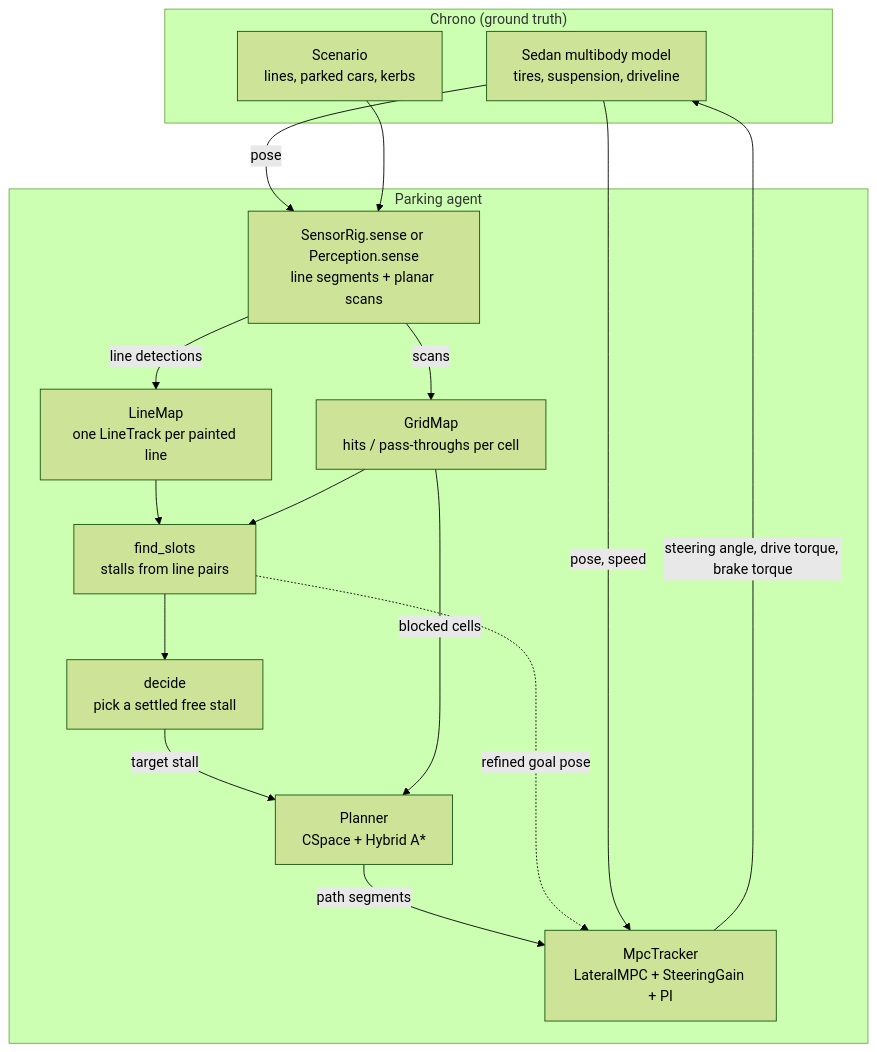
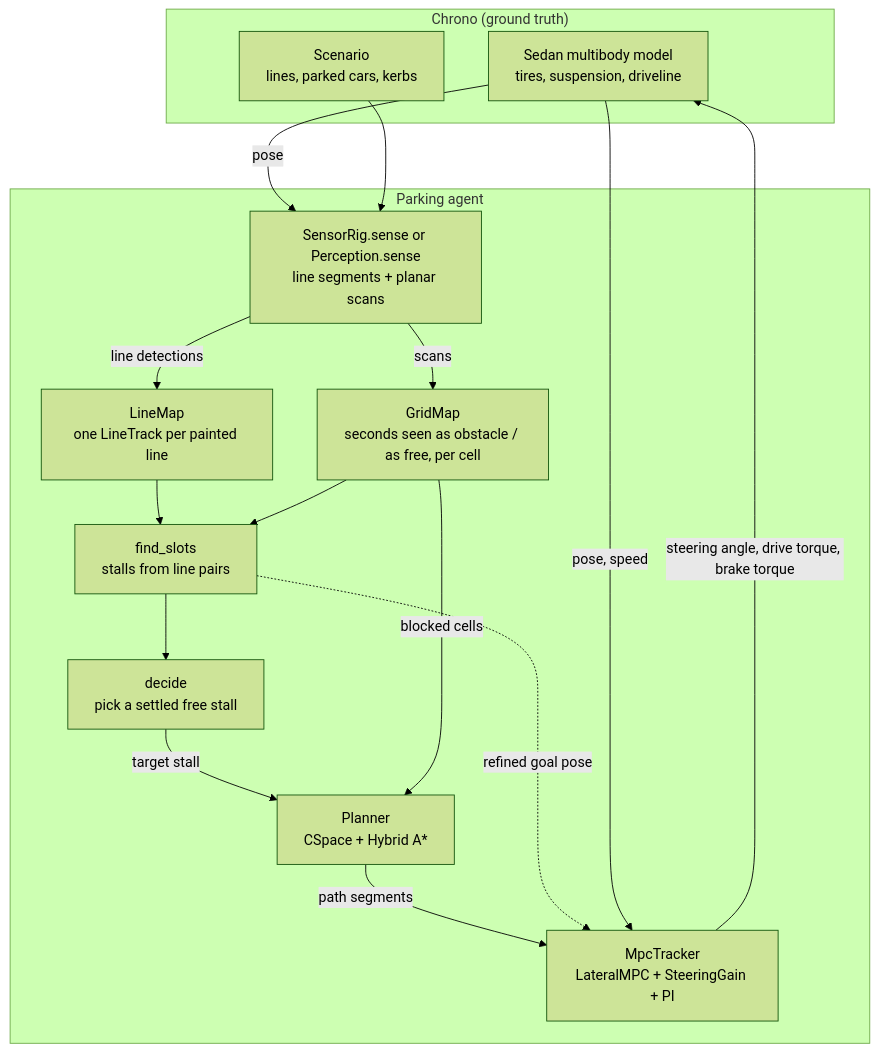
Before and after one commit to ksha23/chrono-parking: the first of 2 diagrams in docs/architecture.md, drawn with Mermaid (forest theme). The commit also changed other lines of this file and 24 other files, not shown here.

````diff
--- a/docs/architecture.md
+++ b/docs/architecture.md
@@ -33,29 +33,29 @@
 ```mermaid
 flowchart TB
     subgraph Chrono["Chrono (ground truth)"]
         VEH["Sedan multibody model<br/>tires, suspension, driveline"]
         SCN["Scenario<br/>lines, parked cars, kerbs"]
     end
     subgraph Agent["Parking agent"]
         SENSE["SensorRig.sense or Perception.sense<br/>line segments + planar scans"]
-        GRID["GridMap<br/>hits / pass-throughs per cell"]
+        GRID["GridMap<br/>seconds seen as obstacle / as free, per cell"]
         LINES["LineMap<br/>one LineTrack per painted line"]
         SLOTS["find_slots<br/>stalls from line pairs"]
         DEC["decide<br/>pick a settled free stall"]
         PLAN["Planner<br/>CSpace + Hybrid A*"]
         TRK["MpcTracker<br/>LateralMPC + SteeringGain + PI"]
     end
     VEH -- "pose" --> SENSE
     SCN --> SENSE
     SENSE -- "scans" --> GRID
     SENSE -- "line detections" --> LINES
     LINES --> SLOTS
     GRID --> SLOTS
     SLOTS --> DEC
     DEC -- "target stall" --> PLAN
     GRID -- "blocked cells" --> PLAN
     PLAN -- "path segments" --> TRK
     SLOTS -. "refined goal pose" .-> TRK
     VEH -- "pose, speed" --> TRK
     TRK -- "steering angle, drive torque, brake torque" --> VEH
 ```
````
